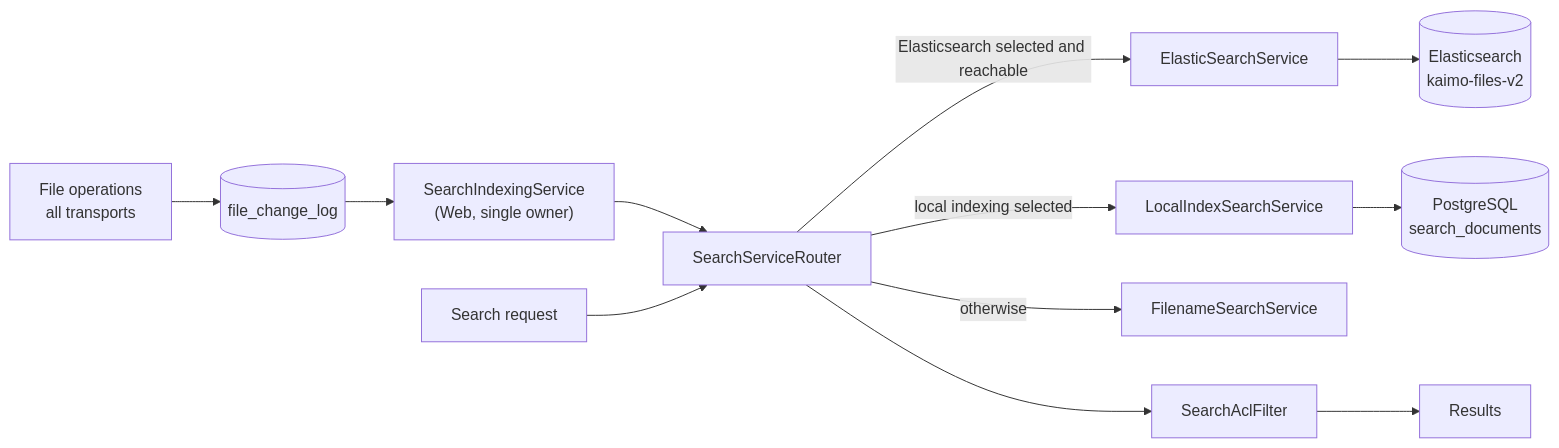
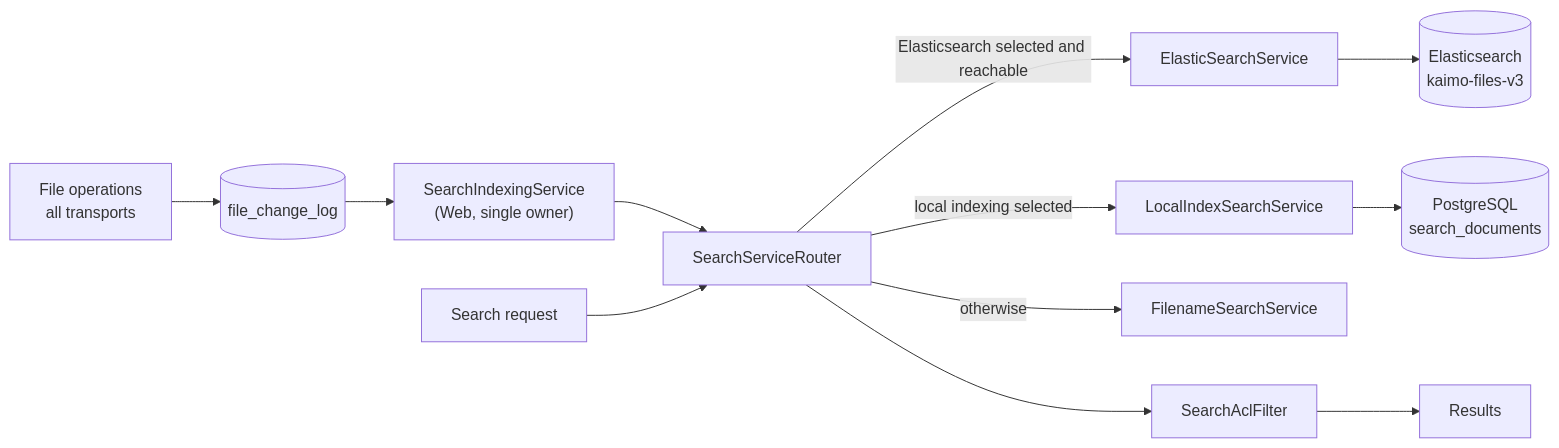
One commit to KaimoSystemSolutions/kaimo_file_server changed the diagram in docu/subsystems/search-indexing.md. Above: the diagram before and after it, drawn with Mermaid. The commit also changed other lines of this file and 38 other files, not shown here.

````diff
--- a/docu/subsystems/search-indexing.md
+++ b/docu/subsystems/search-indexing.md
@@ -18,11 +18,11 @@
 ```mermaid
 flowchart LR
     ops[File operations<br/>all transports] --> log[(file_change_log)]
     log --> idx["SearchIndexingService<br/>(Web, single owner)"]
     idx --> router[SearchServiceRouter]
-    router -->|Elasticsearch selected and reachable| es[ElasticSearchService] --> ES[(Elasticsearch<br/>kaimo-files-v2)]
+    router -->|Elasticsearch selected and reachable| es[ElasticSearchService] --> ES[(Elasticsearch<br/>kaimo-files-v3)]
     router -->|local indexing selected| li[LocalIndexSearchService] --> PG[(PostgreSQL<br/>search_documents)]
     router -->|otherwise| fn[FilenameSearchService]
     q[Search request] --> router
     router --> acl[SearchAclFilter] --> res[Results]
 ```
````
